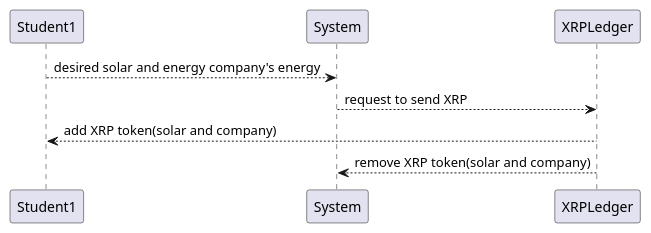
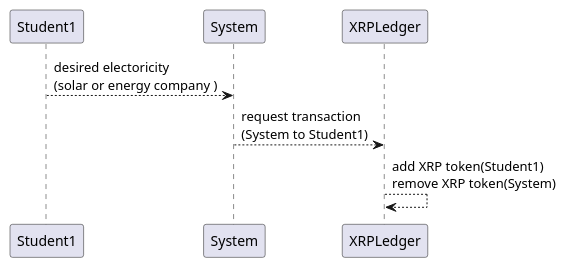
One commit to KyotoUniv-SIC/electoric-power-exchange changed the diagram in Seq02_GenerateToken.plantuml. Above: the diagram before and after it, drawn with PlantUML. The commit also changed 9 other files, not shown here.

```diff
--- a/Seq02_GenerateToken.plantuml
+++ b/Seq02_GenerateToken.plantuml
@@ -1,11 +1,9 @@
 @startuml sequence
 participant Student1          as st1
 participant System            as sys
 participant XRPLedger         as xl
 
-st1 --> sys : desired solar and energy company's energy
-sys --> xl : request to send XRP 
-xl --> st1 : add XRP token(solar and company)
-xl --> sys : remove XRP token(solar and company)
-
+st1 --> sys : desired electoricity\n(solar or energy company )
+sys --> xl : request transaction\n(System to Student1)
+xl --> xl : add XRP token(Student1)\nremove XRP token(System)
 @enduml
```
